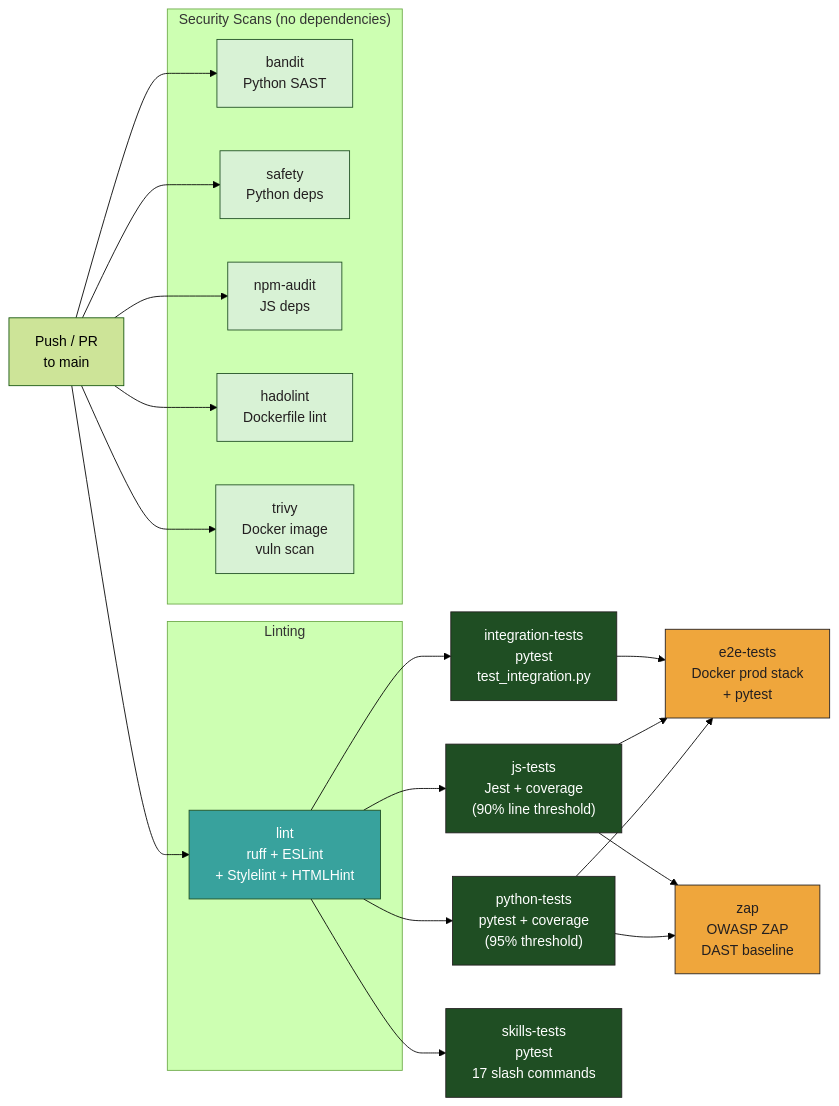
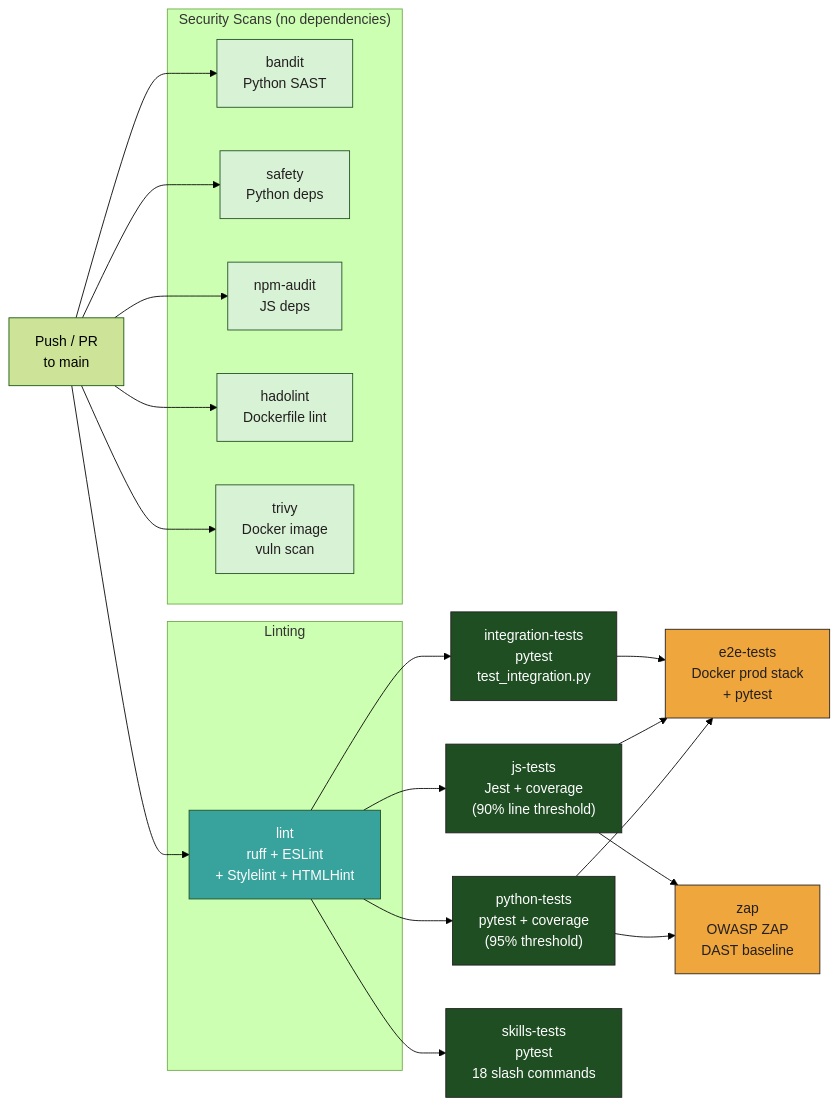
One commit to mgmarques/radiocalico changed the fifth of 6 diagrams in README.md. Above: the diagram before and after it, drawn with Mermaid (forest theme). The commit also changed other lines of this file and 6 other files, not shown here.

First line of the commit message:
Update all docs: 467 tests, 6 suites, 18 commands, 13 CI jobs

````diff
--- a/README.md
+++ b/README.md
@@ -501,47 +502,47 @@
 ```mermaid
 graph LR
     Push["Push / PR<br/>to main"] --> lint
 
     subgraph Linting
         lint["lint<br/>ruff + ESLint<br/>+ Stylelint + HTMLHint"]
     end
 
     lint --> python-tests["python-tests<br/>pytest + coverage<br/>(95% threshold)"]
     lint --> integration-tests["integration-tests<br/>pytest<br/>test_integration.py"]
     lint --> js-tests["js-tests<br/>Jest + coverage<br/>(90% line threshold)"]
-    lint --> skills-tests["skills-tests<br/>pytest<br/>17 slash commands"]
+    lint --> skills-tests["skills-tests<br/>pytest<br/>18 slash commands"]
 
     python-tests --> e2e-tests["e2e-tests<br/>Docker prod stack<br/>+ pytest"]
     js-tests --> e2e-tests
     integration-tests --> e2e-tests
 
     python-tests --> zap["zap<br/>OWASP ZAP<br/>DAST baseline"]
     js-tests --> zap
 
     subgraph "Security Scans (no dependencies)"
         bandit["bandit<br/>Python SAST"]
         safety["safety<br/>Python deps"]
         npm-audit["npm-audit<br/>JS deps"]
         hadolint["hadolint<br/>Dockerfile lint"]
         trivy["trivy<br/>Docker image<br/>vuln scan"]
     end
 
     Push --> bandit
     Push --> safety
     Push --> npm-audit
     Push --> hadolint
     Push --> trivy
 
     style lint fill:#38A29D,stroke:#1F4E23,color:#FFFFFF
     style python-tests fill:#1F4E23,stroke:#231F20,color:#FFFFFF
     style integration-tests fill:#1F4E23,stroke:#231F20,color:#FFFFFF
     style js-tests fill:#1F4E23,stroke:#231F20,color:#FFFFFF
     style skills-tests fill:#1F4E23,stroke:#231F20,color:#FFFFFF
     style e2e-tests fill:#EFA63C,stroke:#231F20,color:#231F20
     style zap fill:#EFA63C,stroke:#231F20,color:#231F20
     style bandit fill:#D8F2D5,stroke:#1F4E23,color:#231F20
     style safety fill:#D8F2D5,stroke:#1F4E23,color:#231F20
     style npm-audit fill:#D8F2D5,stroke:#1F4E23,color:#231F20
     style hadolint fill:#D8F2D5,stroke:#1F4E23,color:#231F20
     style trivy fill:#D8F2D5,stroke:#1F4E23,color:#231F20
 ```
````
